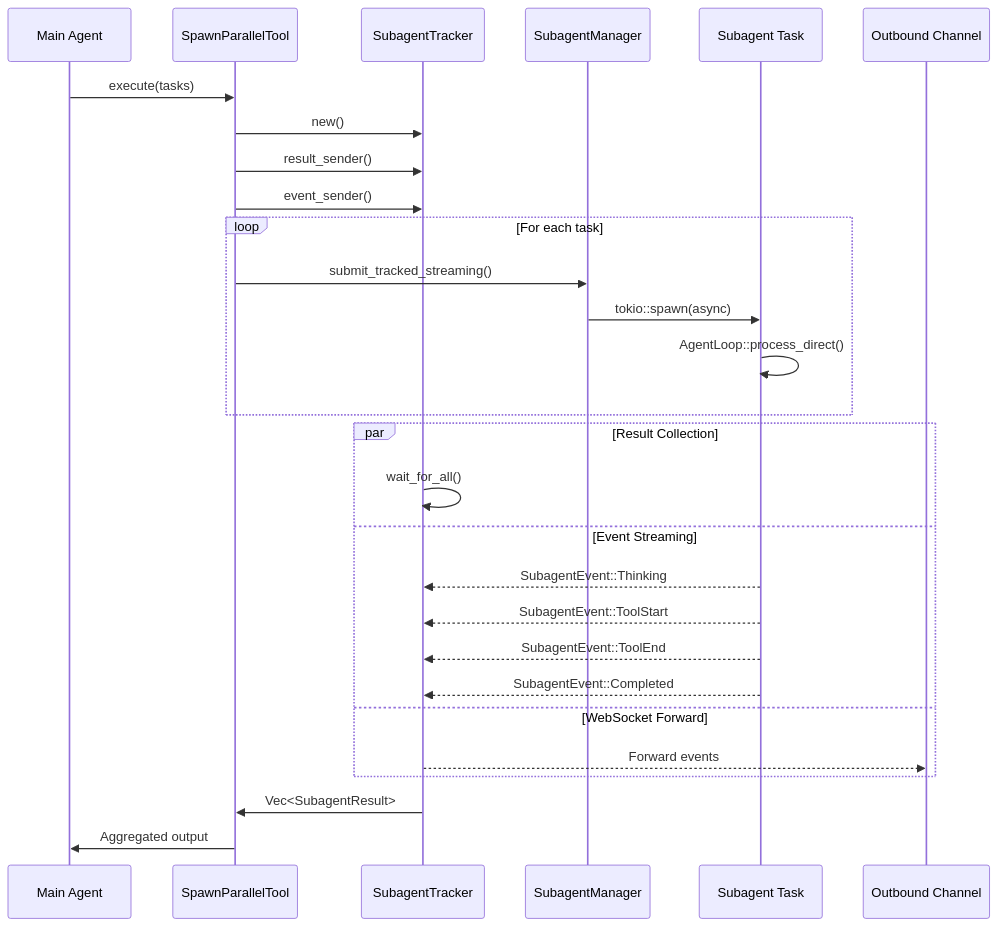
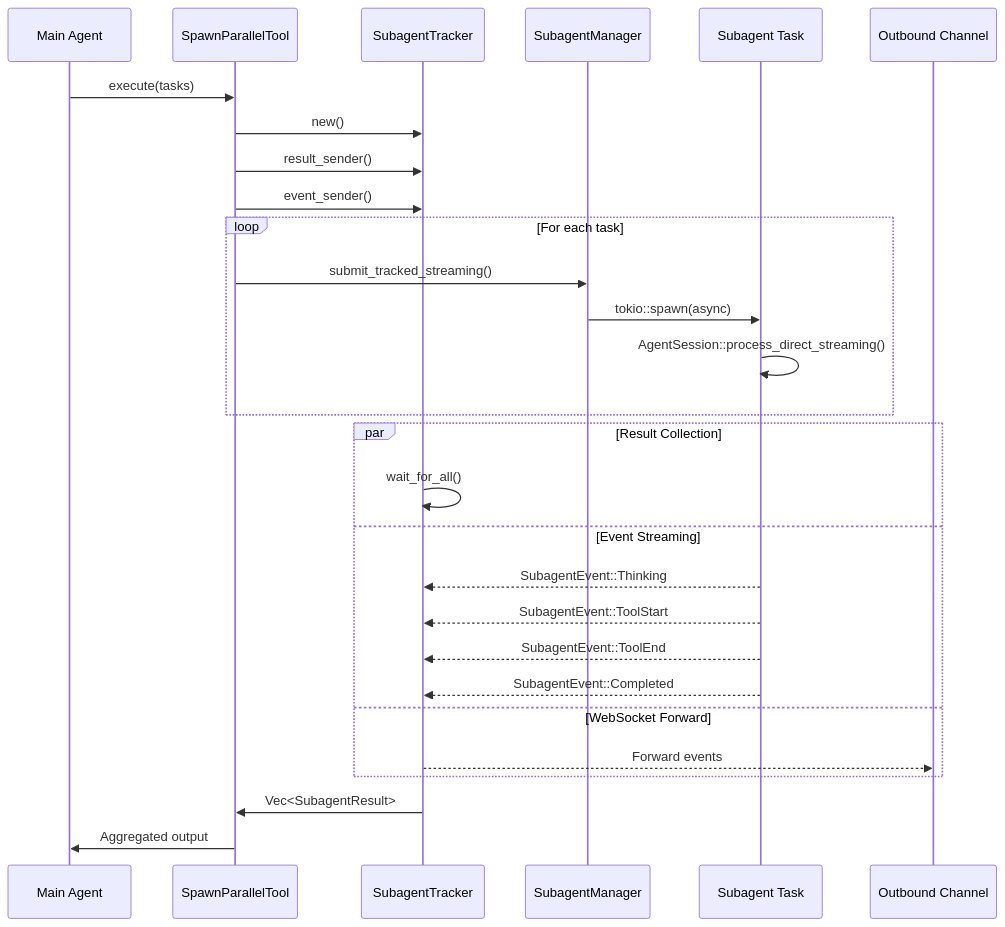
Before and after one commit to yeheng/nanobot-rs: the third of 4 diagrams in docs/agent_flow-en.md, drawn with Mermaid. The commit also changed other lines of this file and 12 other files, not shown here.

First line of the commit message:
feat(docs): 重构架构文档以反映 AgentSession 与 Kernel 分离设计

````diff
--- a/docs/agent_flow-en.md
+++ b/docs/agent_flow-en.md
@@ -105,34 +104,34 @@
 ```mermaid
 sequenceDiagram
     participant Main as Main Agent
     participant SPT as SpawnParallelTool
     participant ST as SubagentTracker
     participant SM as SubagentManager
     participant Sub as Subagent Task
     participant OB as Outbound Channel
 
     Main->>SPT: execute(tasks)
     SPT->>ST: new()
     SPT->>ST: result_sender()
     SPT->>ST: event_sender()
 
     loop For each task
         SPT->>SM: submit_tracked_streaming()
         SM->>Sub: tokio::spawn(async)
-        Sub->>Sub: AgentLoop::process_direct()
+        Sub->>Sub: AgentSession::process_direct_streaming()
     end
 
     par Result Collection
         ST->>ST: wait_for_all()
     and Event Streaming
         Sub-->>ST: SubagentEvent::Thinking
         Sub-->>ST: SubagentEvent::ToolStart
         Sub-->>ST: SubagentEvent::ToolEnd
         Sub-->>ST: SubagentEvent::Completed
     and WebSocket Forward
         ST-->>OB: Forward events
     end
 
     ST->>SPT: Vec<SubagentResult>
     SPT->>Main: Aggregated output
 ```
````
